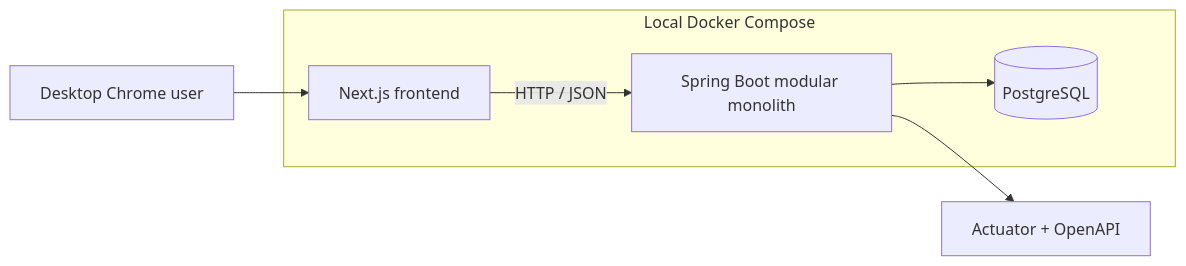
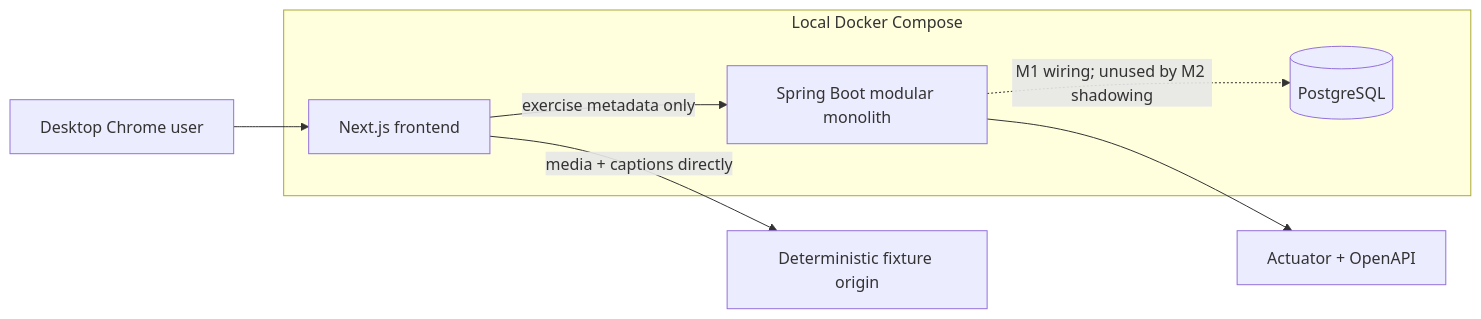
One commit to 529-studio/global-ready changed the diagram in README.md. Above: the diagram before and after it, drawn with Mermaid. The commit also changed other lines of this file and 8 other files, not shown here.

````diff
--- a/README.md
+++ b/README.md
@@ -49,13 +53,14 @@
 ```mermaid
 flowchart LR
     U[Desktop Chrome user] --> F[Next.js frontend]
-    F -->|HTTP / JSON| B[Spring Boot modular monolith]
-    B --> P[(PostgreSQL)]
+    F -->|exercise metadata only| B[Spring Boot modular monolith]
+    F -->|media + captions directly| M[Deterministic fixture origin]
+    B -. M1 wiring; unused by M2 shadowing .-> P[(PostgreSQL)]
     B --> O[Actuator + OpenAPI]
 
     subgraph Local Docker Compose
       F
       B
       P
     end
 ```
````
